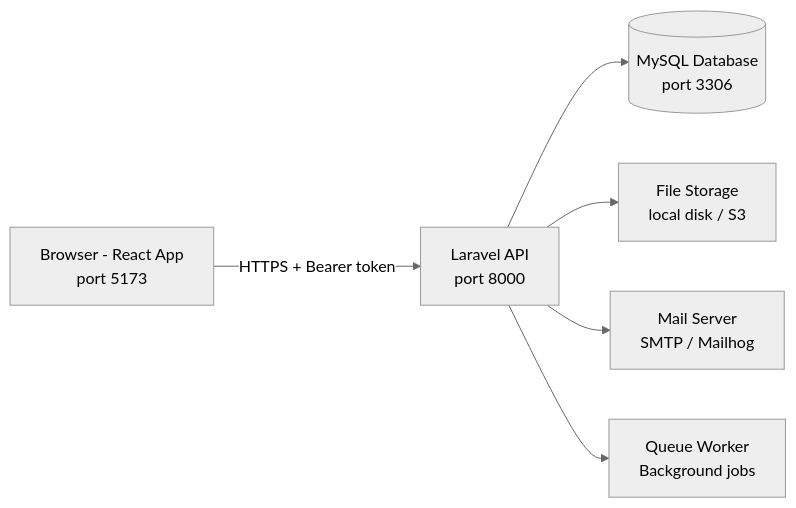
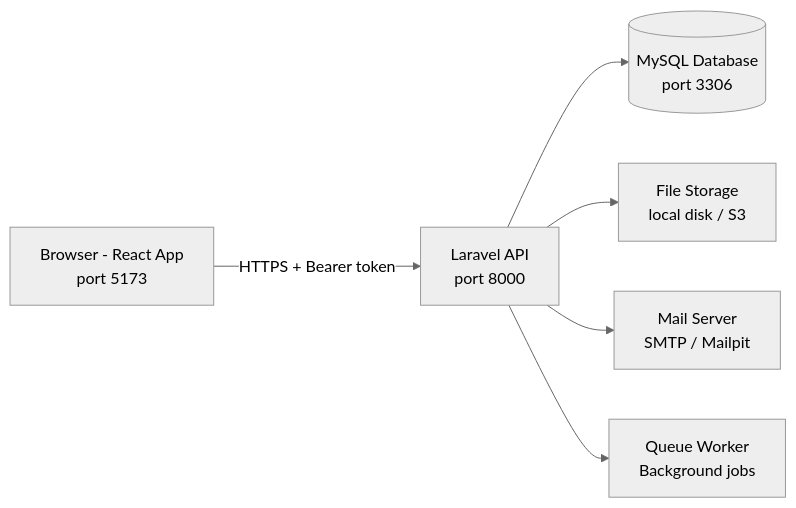
One commit to Knight-Frost/camp-burnt-gin-platform changed the first of 3 diagrams in USER_GUIDE.md. Above: the diagram before and after it, drawn with Mermaid (neutral theme). The commit also changed other lines of this file and 5 other files, not shown here.

````diff
--- a/USER_GUIDE.md
+++ b/USER_GUIDE.md
@@ -135,8 +135,8 @@
 ```mermaid
 flowchart LR
     A[Browser - React App\nport 5173] -->|HTTPS + Bearer token| B[Laravel API\nport 8000]
     B --> C[(MySQL Database\nport 3306)]
     B --> D[File Storage\nlocal disk / S3]
-    B --> E[Mail Server\nSMTP / Mailhog]
+    B --> E[Mail Server\nSMTP / Mailpit]
     B --> F[Queue Worker\nBackground jobs]
 ```
````
